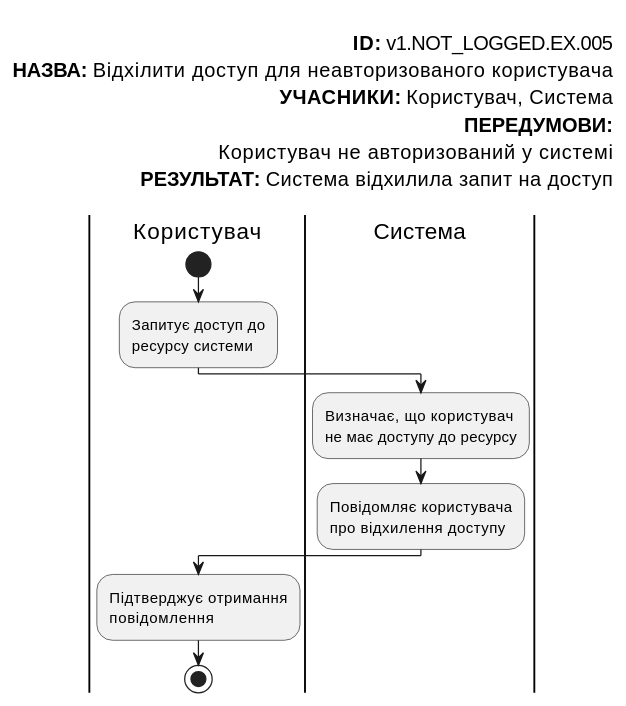
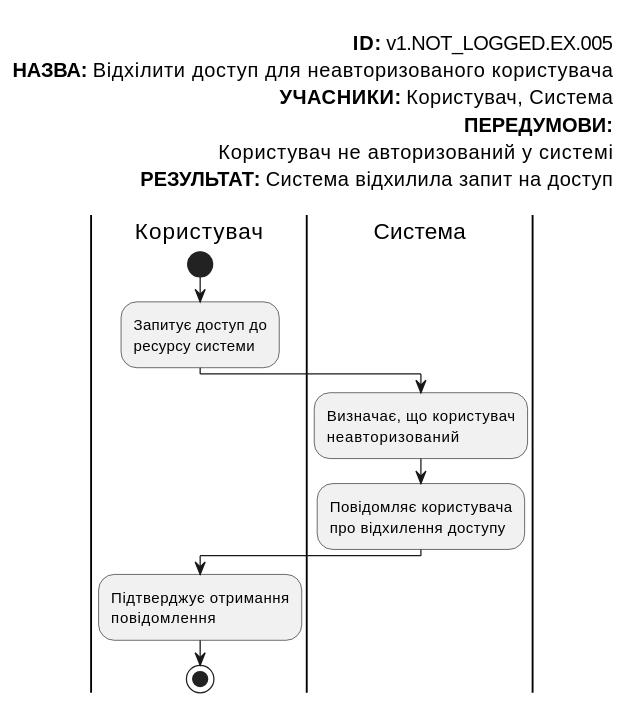
Diagram 23 of 23 in docs/use-cases/README.md (gurug-prog/survey-expert), drawn with PlantUML before and after one commit. The commit also changed other lines of this file and 3 other files, not shown here.

Commit message:
Improve diagrams

```diff
--- a/docs/use-cases/README.md
+++ b/docs/use-cases/README.md
@@ -1162,32 +1176,32 @@
   @startuml
 
       left header
 
         <font color=000 size=16><b>ID:</b> v1.NOT_LOGGED.EX.005
         <font color=000 size=16><b>НАЗВА:</b> Відхілити доступ для неавторизованого користувача
         <font color=000 size=16><b>УЧАСНИКИ:</b> Користувач, Система 
         <font color=000 size=16><b>ПЕРЕДУМОВИ:</b>
         <font color=000 size=16>Користувач не авторизований у системі
         <font color=000 size=16><b>РЕЗУЛЬТАТ:</b> Система відхилила запит на доступ
 
       end header
 
       |Користувач|
           start
           :Запитує доступ до
           ресурсу системи;
 
       |Система|
           :Визначає, що користувач
-          не має доступу до ресурсу;
+          неавторизований;
 
           :Повідомляє користувача
           про відхилення доступу;
 
       |Користувач|
           :Підтверджує отримання
           повідомлення;
 
           stop;
 
   @enduml
```
